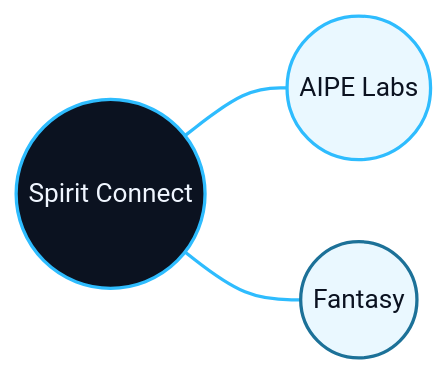
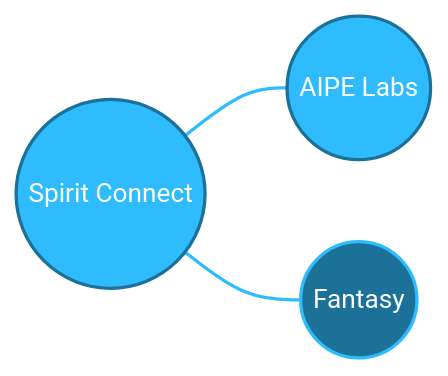
The diagram in README.md (FulongLi/fulongli), drawn with Mermaid before and after one commit.

````diff
--- a/README.md
+++ b/README.md
@@ -19,19 +19,19 @@
 ```mermaid
 flowchart LR
     SC(("Spirit Connect"))
     AIPE(("AIPE Labs"))
     FANTASY(("Fantasy"))
 
     SC --- AIPE
     SC --- FANTASY
 
     linkStyle 0,1 stroke:#2EBCFE,stroke-width:2px;
 
-    classDef brand fill:#0B1220,stroke:#2EBCFE,stroke-width:2px,color:#F0F6FF;
-    classDef lab fill:#EAF8FF,stroke:#2EBCFE,stroke-width:2px,color:#0B1220;
-    classDef story fill:#EAF8FF,stroke:#1C7198,stroke-width:2px,color:#0B1220;
+    classDef brand fill:#2EBCFE,stroke:#1C7198,stroke-width:2px,color:#ffffff;
+    classDef lab fill:#2EBCFE,stroke:#1C7198,stroke-width:2px,color:#ffffff;
+    classDef story fill:#1C7198,stroke:#2EBCFE,stroke-width:2px,color:#ffffff;
 
     class SC brand;
     class AIPE lab;
     class FANTASY story;
 ```
````
